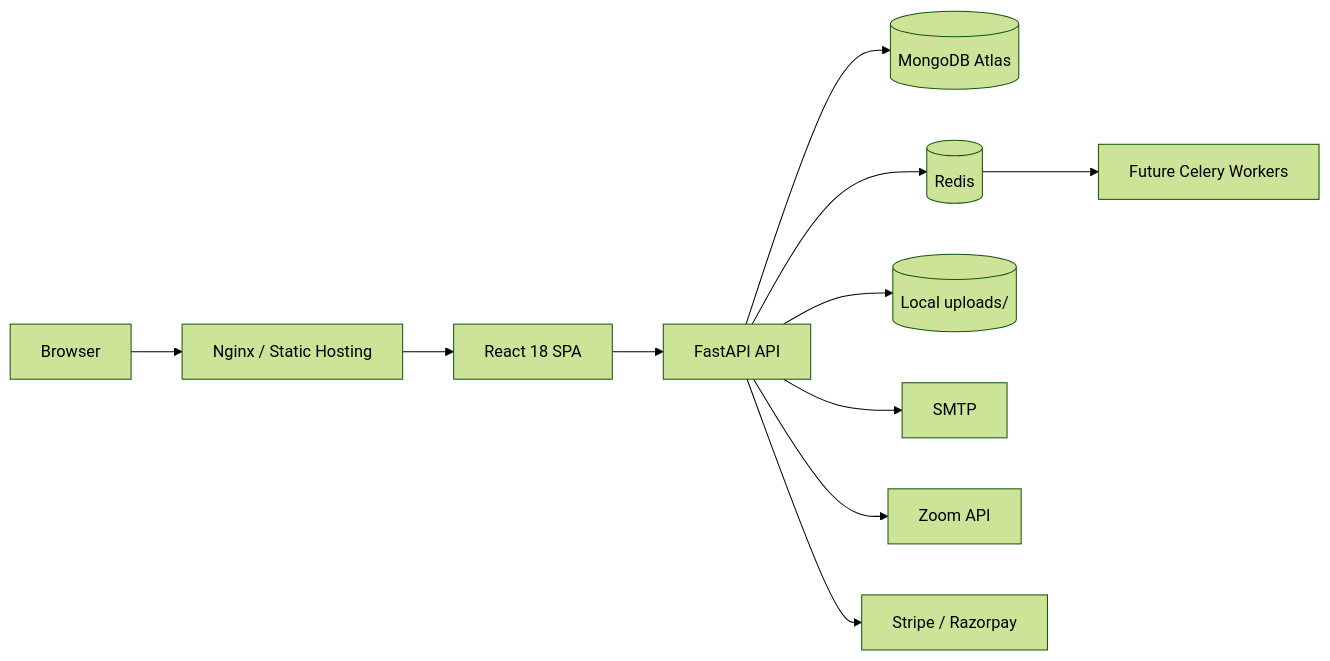
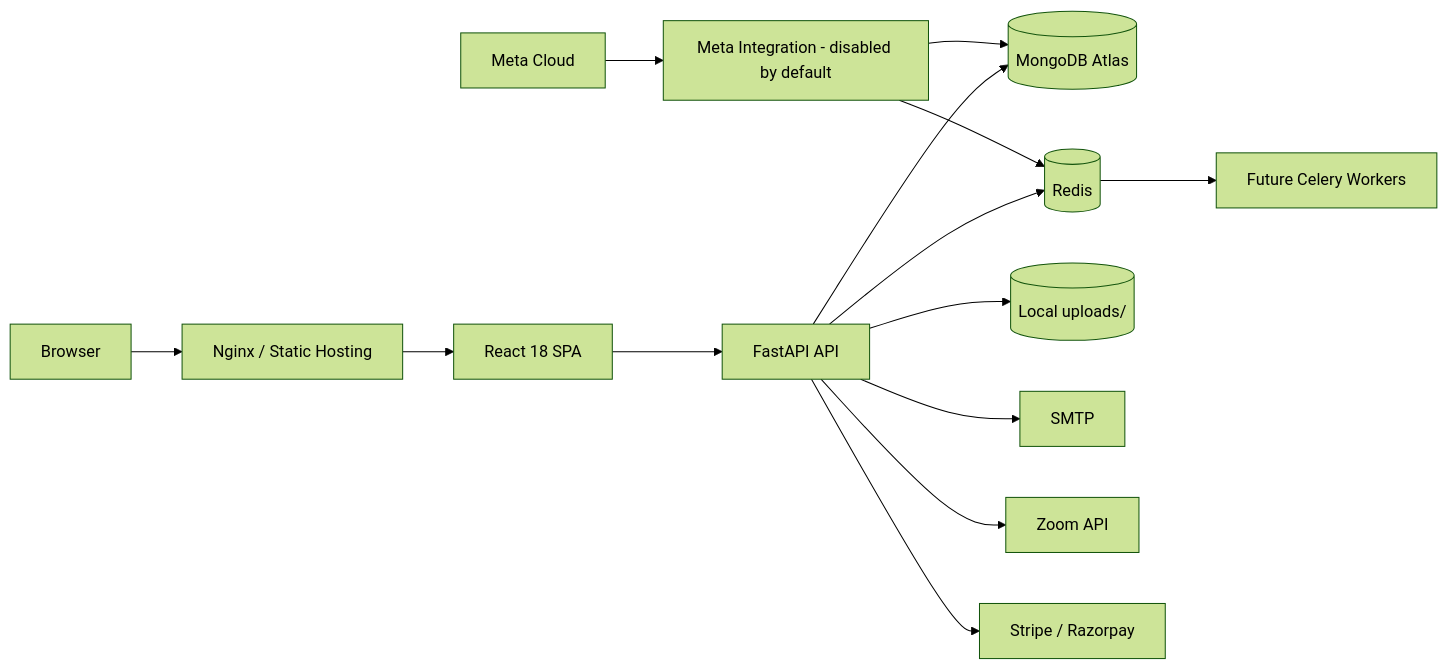
One commit to Shivakushwah143/SynTask changed the first of 4 diagrams in docs/architecture/ARCHITECTURE.md. Above: the diagram before and after it, drawn with Mermaid (forest theme). The commit also changed other lines of this file and 13 other files, not shown here.

First line of the commit message:
feat(meta): add integration foundation

````diff
--- a/docs/architecture/ARCHITECTURE.md
+++ b/docs/architecture/ARCHITECTURE.md
@@ -4,13 +4,16 @@
 ```mermaid
 flowchart LR
     Browser[Browser] --> Nginx[Nginx / Static Hosting]
     Nginx --> React[React 18 SPA]
     React --> API[FastAPI API]
     API --> Mongo[(MongoDB Atlas)]
     API --> Redis[(Redis)]
     API --> Uploads[(Local uploads/)]
     API --> Email[SMTP]
     API --> Zoom[Zoom API]
     API --> Payments[Stripe / Razorpay]
+    Meta[Meta Cloud] --> MetaBoundary[Meta Integration - disabled by default]
+    MetaBoundary --> Mongo
+    MetaBoundary --> Redis
     Redis --> Celery[Future Celery Workers]
 ```
````
